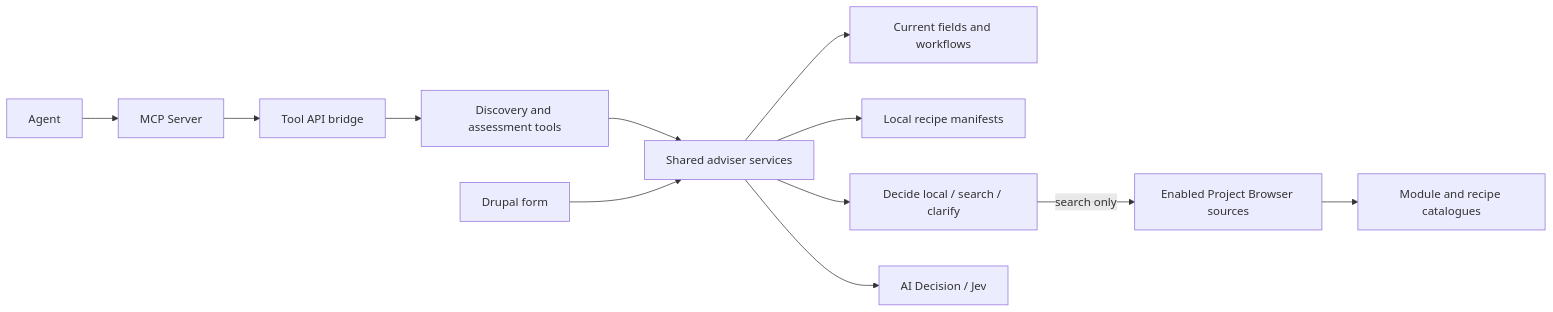
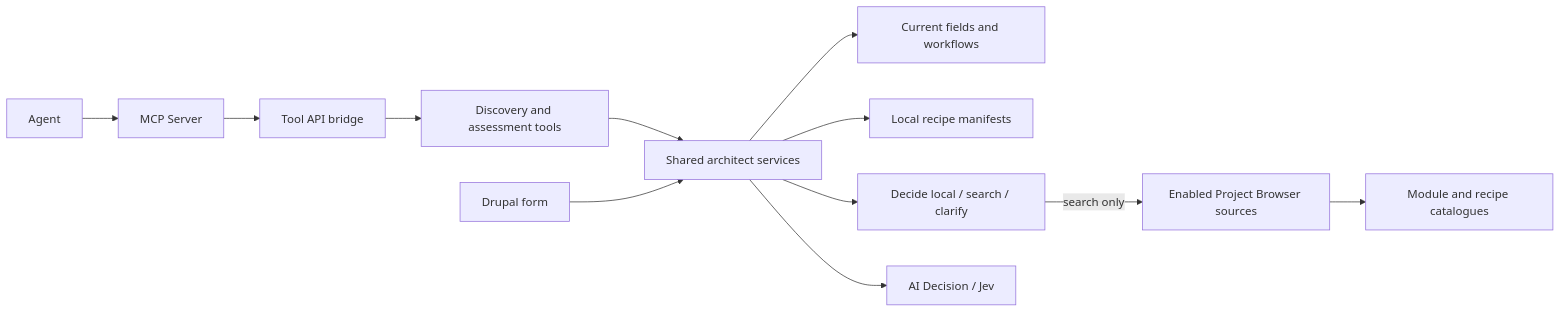
Before and after one commit to ronaldtebrake/drupal_site_architect: the diagram in README.md, drawn with Mermaid. The commit also changed other lines of this file and 151 other files, not shown here.

Commit message:
Rename the module to Drupal Site Architect

````diff
--- a/README.md
+++ b/README.md
@@ -416,14 +428,14 @@
 ```mermaid
 flowchart LR
   Agent --> MCP[MCP Server]
   MCP --> Bridge[Tool API bridge]
   Bridge --> Tools[Discovery and assessment tools]
-  Tools --> Advisor[Shared adviser services]
-  Form[Drupal form] --> Advisor
-  Advisor --> Site[Current fields and workflows]
-  Advisor --> Local[Local recipe manifests]
-  Advisor --> Plan[Decide local / search / clarify]
+  Tools --> Architect[Shared architect services]
+  Form[Drupal form] --> Architect
+  Architect --> Site[Current fields and workflows]
+  Architect --> Local[Local recipe manifests]
+  Architect --> Plan[Decide local / search / clarify]
   Plan -->|search only| PB[Enabled Project Browser sources]
   PB --> Catalogs[Module and recipe catalogues]
-  Advisor --> Decision[AI Decision / Jev]
+  Architect --> Decision[AI Decision / Jev]
 ```
````
